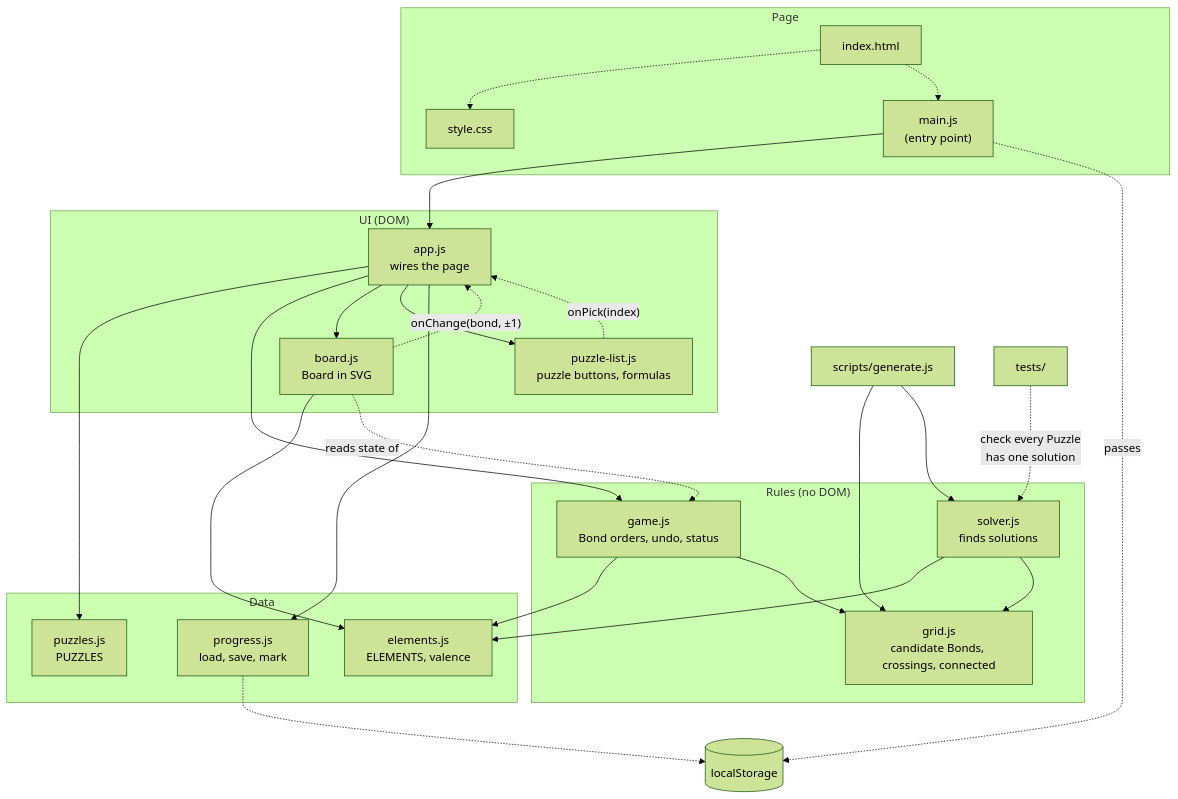
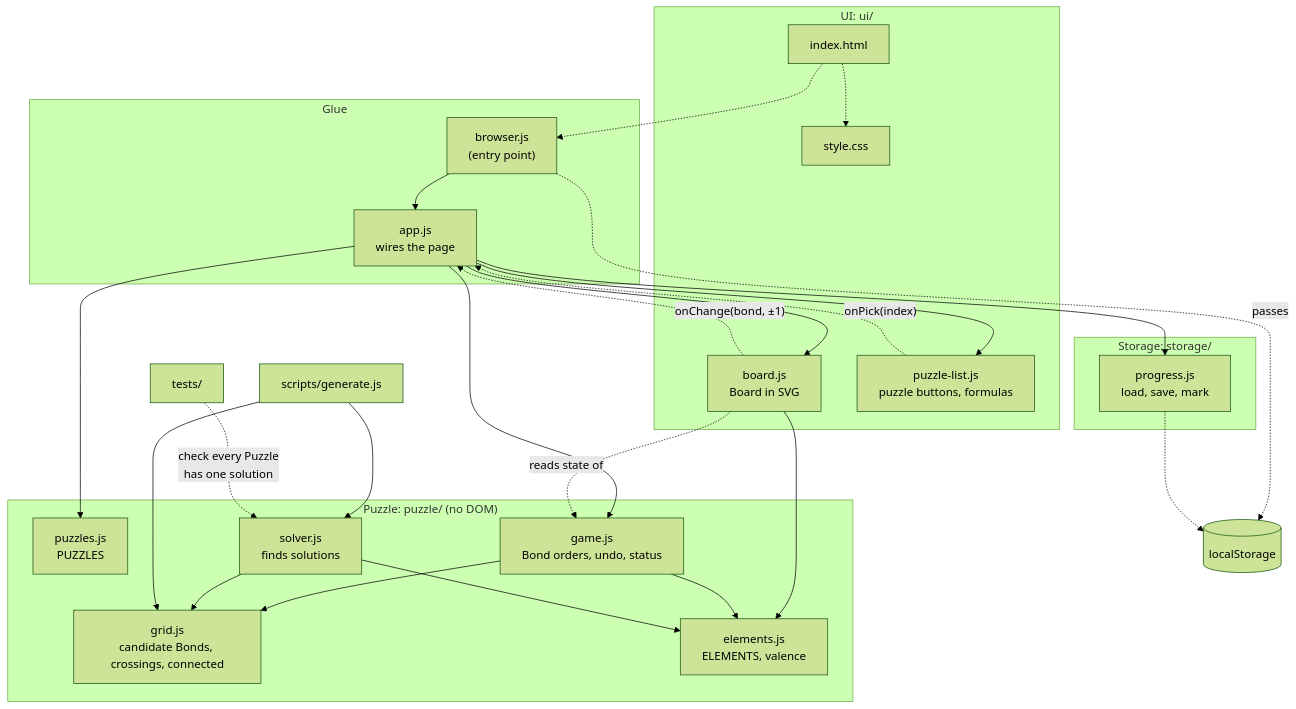
Before and after one commit to treetopbottle/molecuzzle: the diagram in README.md, drawn with Mermaid (forest theme). The commit also changed other lines of this file and 31 other files, not shown here.

````diff
--- a/README.md
+++ b/README.md
@@ -50,57 +54,57 @@
 ```mermaid
 flowchart TD
-  subgraph page["Page"]
+  subgraph glue["Glue"]
+    browser["browser.js<br/>(entry point)"]
+    app["app.js<br/>wires the page"]
+  end
+
+  subgraph ui["UI: ui/"]
     html["index.html"]
     css["style.css"]
-    main["main.js<br/>(entry point)"]
-  end
-
-  subgraph ui["UI (DOM)"]
-    app["app.js<br/>wires the page"]
     board["board.js<br/>Board in SVG"]
     list["puzzle-list.js<br/>puzzle buttons, formulas"]
   end
 
-  subgraph rules["Rules (no DOM)"]
+  subgraph puzzle["Puzzle: puzzle/ (no DOM)"]
+    puzzles["puzzles.js<br/>PUZZLES"]
     game["game.js<br/>Bond orders, undo, status"]
     grid["grid.js<br/>candidate Bonds, crossings, connected"]
     solver["solver.js<br/>finds solutions"]
+    elements["elements.js<br/>ELEMENTS, valence"]
   end
 
-  subgraph data["Data"]
-    puzzles["puzzles.js<br/>PUZZLES"]
-    elements["elements.js<br/>ELEMENTS, valence"]
+  subgraph storage["Storage: storage/"]
     progress["progress.js<br/>load, save, mark"]
   end
 
-  storage[("localStorage")]
+  local[("localStorage")]
   generate["scripts/generate.js"]
   tests["tests/"]
 
   html -.-> css
-  html -.-> main
-  main --> app
-  main -. "passes" .-> storage
+  html -.-> browser
+  browser --> app
+  browser -. "passes" .-> local
 
   app --> puzzles
   app --> game
   app --> board
   app --> list
   app --> progress
 
   board --> elements
   board -. "onChange(bond, ±1)" .-> app
   board -. "reads state of" .-> game
   list -. "onPick(index)" .-> app
 
   game --> elements
   game --> grid
   solver --> elements
   solver --> grid
 
-  progress -.-> storage
+  progress -.-> local
 
   generate --> grid
   generate --> solver
   tests -. "check every Puzzle<br/>has one solution" .-> solver
 ```
````
